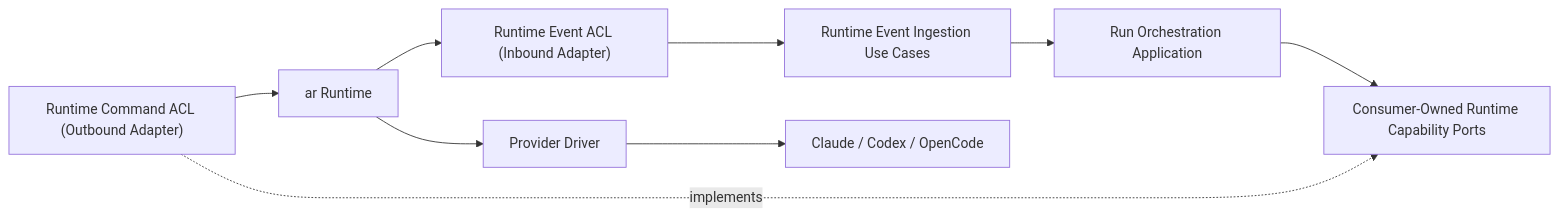
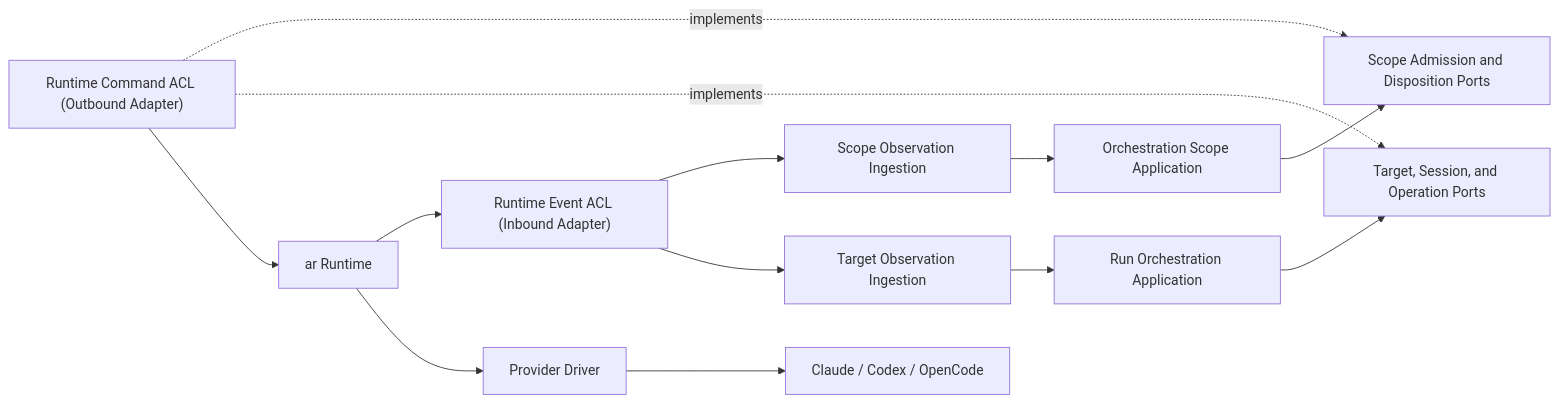
The diagram in docs/architecture/runtime-boundary.md (agent-teams-ai/agent-teams-orchestrator), drawn with Mermaid before and after one commit. The commit also changed other lines of this file and 34 other files, not shown here.

````diff
--- a/docs/architecture/runtime-boundary.md
+++ b/docs/architecture/runtime-boundary.md
@@ -33,20 +34,25 @@
 ```mermaid
 flowchart LR
+    Scope["Orchestration Scope Application"]
     Run["Run Orchestration Application"]
-    OutPorts["Consumer-Owned Runtime Capability Ports"]
+    ScopePorts["Scope Admission and Disposition Ports"]
+    RunPorts["Target, Session, and Operation Ports"]
     OutACL["Runtime Command ACL (Outbound Adapter)"]
     InACL["Runtime Event ACL (Inbound Adapter)"]
-    InPorts["Runtime Event Ingestion Use Cases"]
+    ScopeIn["Scope Observation Ingestion"]
+    RunIn["Target Observation Ingestion"]
     AR["ar Runtime"]
     Driver["Provider Driver"]
     Provider["Claude / Codex / OpenCode"]
 
-    Run --> OutPorts
-    OutACL -. "implements" .-> OutPorts
+    Scope --> ScopePorts
+    Run --> RunPorts
+    OutACL -. "implements" .-> ScopePorts
+    OutACL -. "implements" .-> RunPorts
     OutACL --> AR
     AR --> InACL
-    InACL --> InPorts
-    InPorts --> Run
+    InACL --> ScopeIn --> Scope
+    InACL --> RunIn --> Run
     AR --> Driver
     Driver --> Provider
 ```
````
